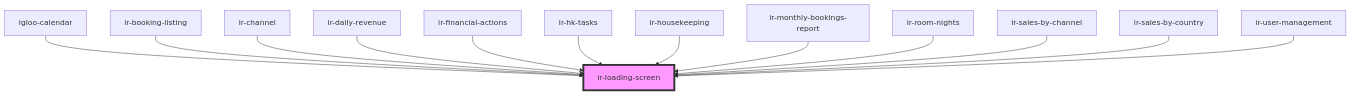
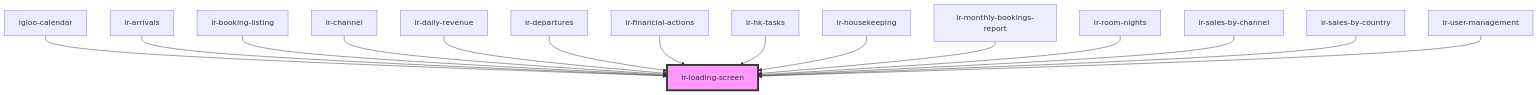
One commit to David1Chowaifaty/modified-ir-webcmp changed the diagram in src/components/ir-loading-screen/readme.md. Above: the diagram before and after it, drawn with Mermaid. The commit also changed other lines of this file and 77 other files, not shown here.

````diff
--- a/src/components/ir-loading-screen/readme.md
+++ b/src/components/ir-loading-screen/readme.md
@@ -33,16 +35,18 @@
 ```mermaid
 graph TD;
   igloo-calendar --> ir-loading-screen
+  ir-arrivals --> ir-loading-screen
   ir-booking-listing --> ir-loading-screen
   ir-channel --> ir-loading-screen
   ir-daily-revenue --> ir-loading-screen
+  ir-departures --> ir-loading-screen
   ir-financial-actions --> ir-loading-screen
   ir-hk-tasks --> ir-loading-screen
   ir-housekeeping --> ir-loading-screen
   ir-monthly-bookings-report --> ir-loading-screen
   ir-room-nights --> ir-loading-screen
   ir-sales-by-channel --> ir-loading-screen
   ir-sales-by-country --> ir-loading-screen
   ir-user-management --> ir-loading-screen
   style ir-loading-screen fill:#f9f,stroke:#333,stroke-width:4px
 ```
````
